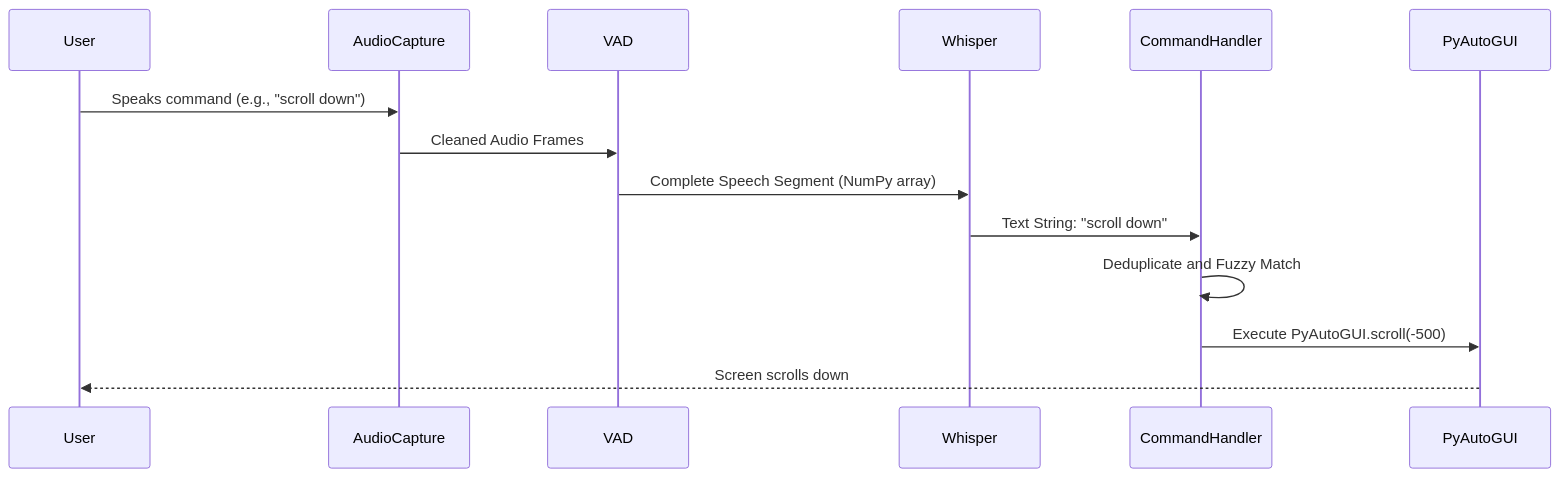
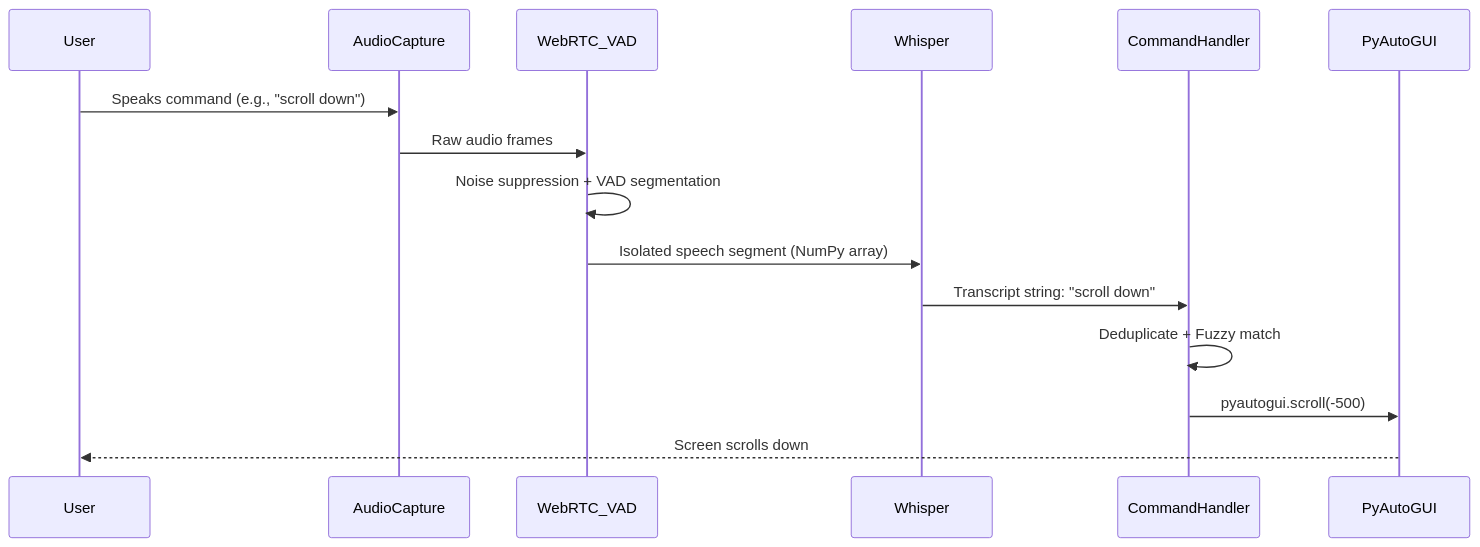
Before and after one commit to maj-afe/Group-7-s-Projects-Repository: the second of 3 diagrams in README.md, drawn with Mermaid. The commit also changed other lines of this file, not shown here.

````diff
--- a/README.md
+++ b/README.md
@@ -102,17 +140,18 @@
 ```mermaid
 sequenceDiagram
     participant User
     participant AudioCapture
-    participant VAD
+    participant WebRTC_VAD
     participant Whisper
     participant CommandHandler
     participant PyAutoGUI
 
     User->>AudioCapture: Speaks command (e.g., "scroll down")
-    AudioCapture->>VAD: Cleaned Audio Frames
-    VAD->>Whisper: Complete Speech Segment (NumPy array)
-    Whisper->>CommandHandler: Text String: "scroll down"
-    CommandHandler->>CommandHandler: Deduplicate and Fuzzy Match
-    CommandHandler->>PyAutoGUI: Execute PyAutoGUI.scroll(-500)
+    AudioCapture->>WebRTC_VAD: Raw audio frames
+    WebRTC_VAD->>WebRTC_VAD: Noise suppression + VAD segmentation
+    WebRTC_VAD->>Whisper: Isolated speech segment (NumPy array)
+    Whisper->>CommandHandler: Transcript string: "scroll down"
+    CommandHandler->>CommandHandler: Deduplicate + Fuzzy match
+    CommandHandler->>PyAutoGUI: pyautogui.scroll(-500)
     PyAutoGUI-->>User: Screen scrolls down
 ```
````
